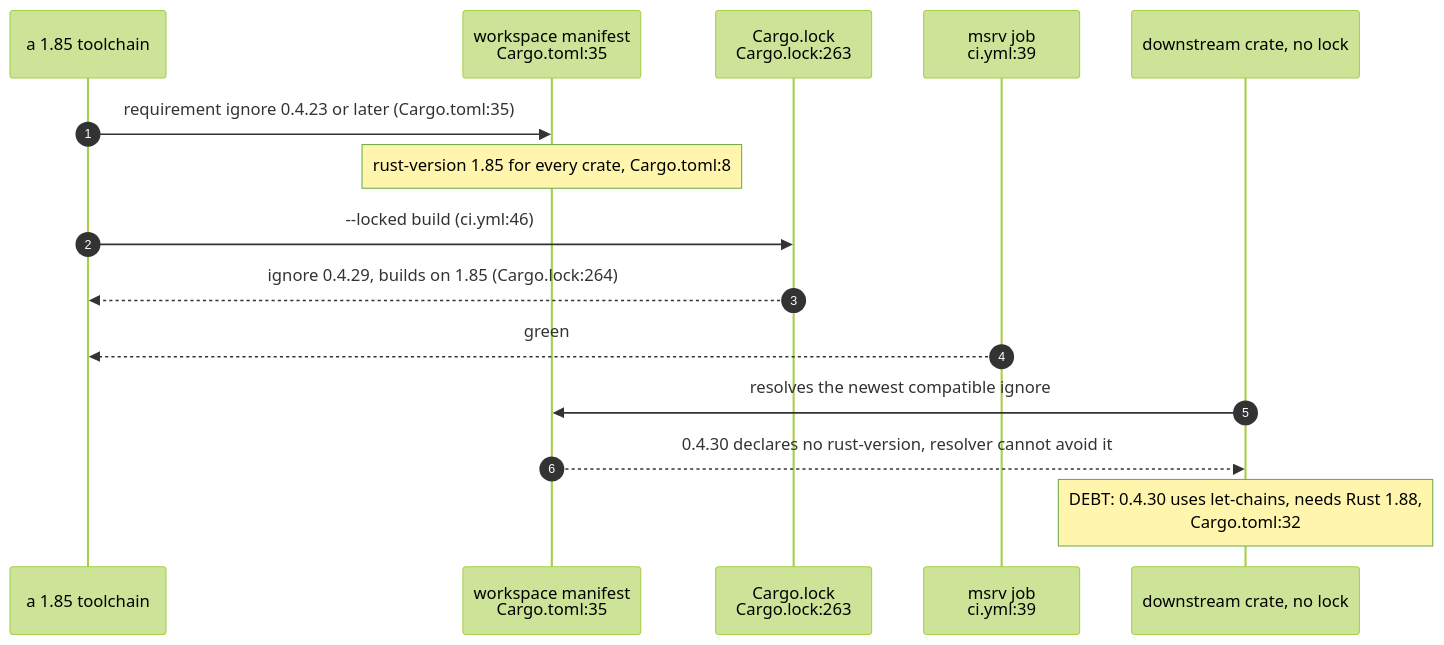
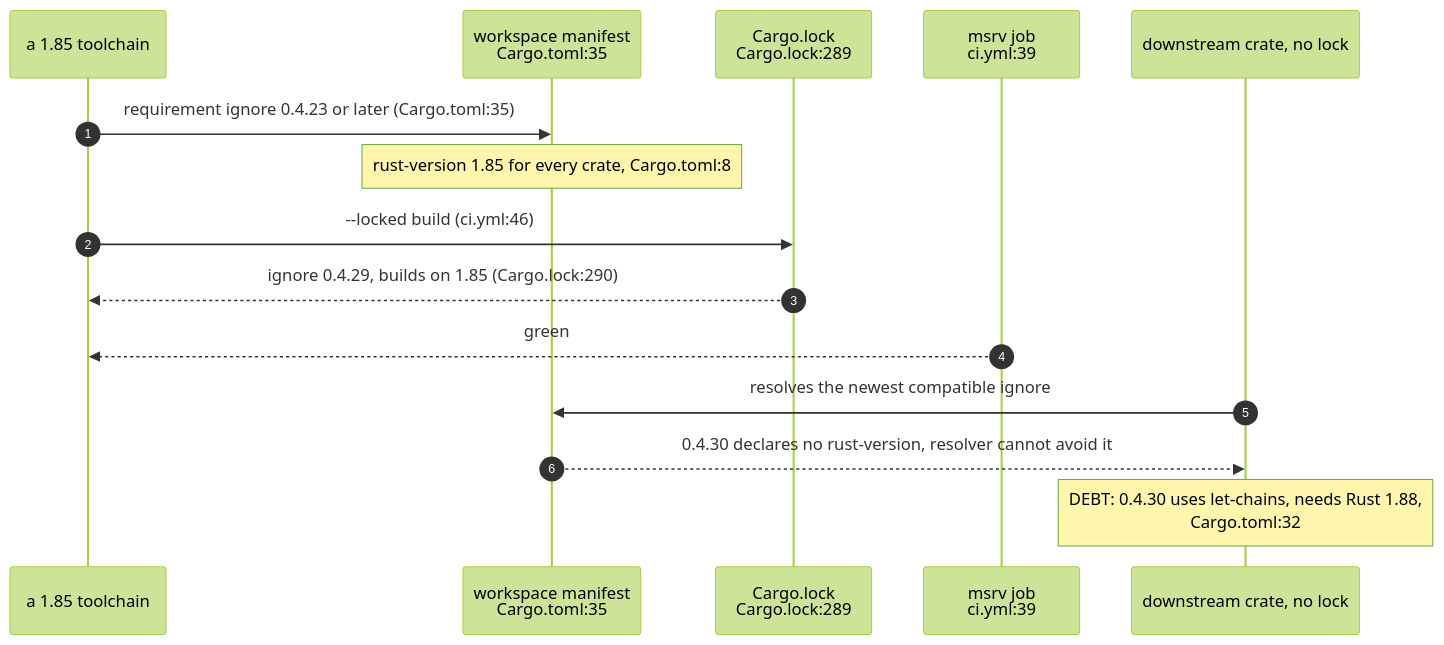
Before and after one commit to DreamLab-AI/codemaid: the second of 5 diagrams in docs/diagrams/delivery/01-ci-msrv-and-determinism.md, drawn with Mermaid (forest theme). The commit also changed other lines of this file and 21 other files, not shown here.

````diff
--- a/docs/diagrams/delivery/01-ci-msrv-and-determinism.md
+++ b/docs/diagrams/delivery/01-ci-msrv-and-determinism.md
@@ -111,17 +111,17 @@
 ```mermaid
 sequenceDiagram
     autonumber
     participant DV as a 1.85 toolchain
     participant MF as workspace manifest<br/>Cargo.toml:35
-    participant LK as Cargo.lock<br/>Cargo.lock:263
+    participant LK as Cargo.lock<br/>Cargo.lock:289
     participant CI as msrv job<br/>ci.yml:39
     participant DS as downstream crate, no lock
     DV->>MF: requirement ignore 0.4.23 or later (Cargo.toml:35)
     Note over MF: rust-version 1.85 for every crate, Cargo.toml:8
     DV->>LK: --locked build (ci.yml:46)
-    LK-->>DV: ignore 0.4.29, builds on 1.85 (Cargo.lock:264)
+    LK-->>DV: ignore 0.4.29, builds on 1.85 (Cargo.lock:290)
     CI-->>DV: green
     DS->>MF: resolves the newest compatible ignore
     MF-->>DS: 0.4.30 declares no rust-version, resolver cannot avoid it
     Note over DS: DEBT: 0.4.30 uses let-chains, needs Rust 1.88,<br/>Cargo.toml:32
 ```
````
